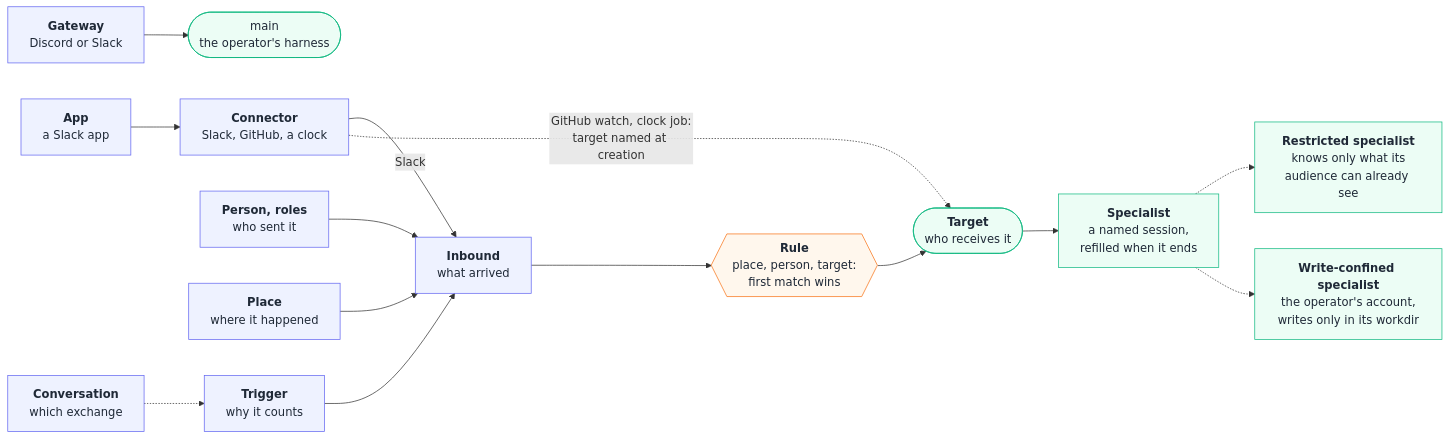
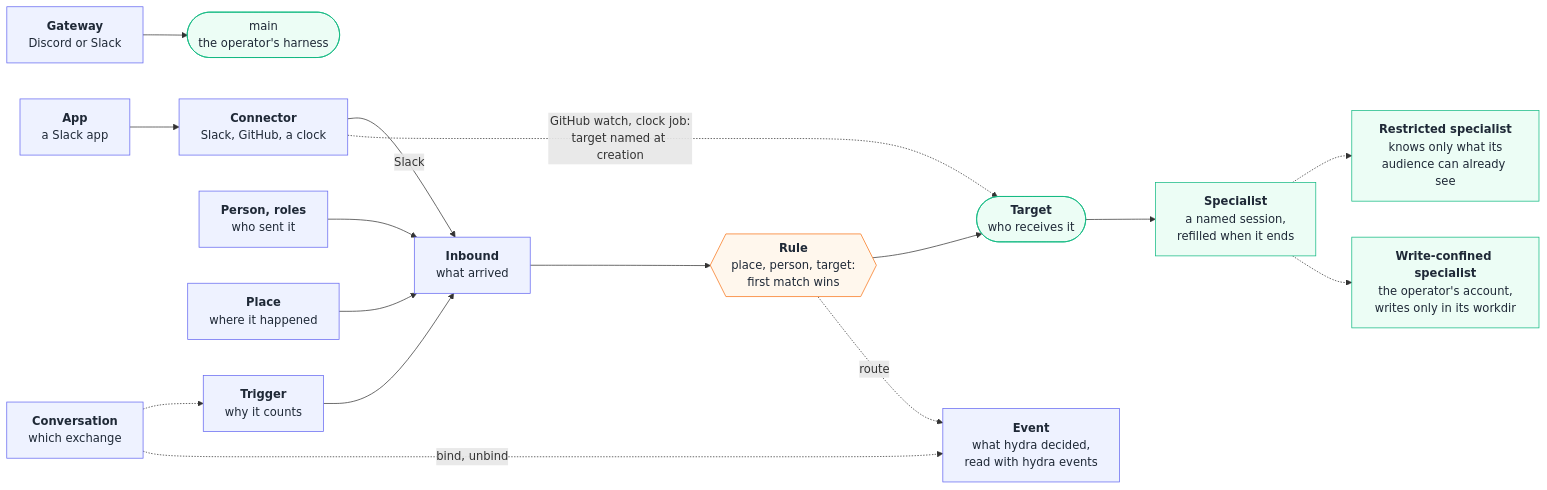
Before and after one commit to sf8193/hydra: the diagram in diagrams/core.mmd, drawn with Mermaid. The commit also changed 18 other files, not shown here.

Commit message:
The daemon records routing and binding decisions in one event stream, read with hydra events

```diff
--- a/diagrams/core.mmd
+++ b/diagrams/core.mmd
@@ -1,20 +1,22 @@
 flowchart LR
   GW["<b>Gateway</b><br/>Discord or Slack"] --> MN(["main<br/>the operator's harness"])
   AP["<b>App</b><br/>a Slack app"] --> CN["<b>Connector</b><br/>Slack, GitHub, a clock"]
   CN -- "Slack" --> IN["<b>Inbound</b><br/>what arrived"]
   PE["<b>Person, roles</b><br/>who sent it"] --> IN
   PL["<b>Place</b><br/>where it happened"] --> IN
   TR["<b>Trigger</b><br/>why it counts"] --> IN
   CV["<b>Conversation</b><br/>which exchange"] -.-> TR
   IN --> RU{{"<b>Rule</b><br/>place, person, target:<br/>first match wins"}}
   RU --> TG(["<b>Target</b><br/>who receives it"])
   CN -. "GitHub watch, clock job:<br/>target named at creation" .-> TG
+  RU -. "route" .-> EV["<b>Event</b><br/>what hydra decided,<br/>read with hydra events"]
+  CV -. "bind, unbind" .-> EV
   TG --> SP["<b>Specialist</b><br/>a named session,<br/>refilled when it ends"]
   SP -.-> RS["<b>Restricted specialist</b><br/>knows only what its<br/>audience can already see"]
   SP -.-> WC["<b>Write-confined specialist</b><br/>the operator's account,<br/>writes only in its workdir"]
   classDef core fill:#ecfdf5,stroke:#10b981,color:#1f2937
   classDef step fill:#eef2ff,stroke:#6366f1,color:#1f2937
   classDef gate fill:#fff7ed,stroke:#f97316,color:#1f2937
   class TG,SP,RS,WC,MN core
-  class GW,AP,CN,IN,PE,PL,TR,CV step
+  class GW,AP,CN,IN,PE,PL,TR,CV,EV step
   class RU gate
```
